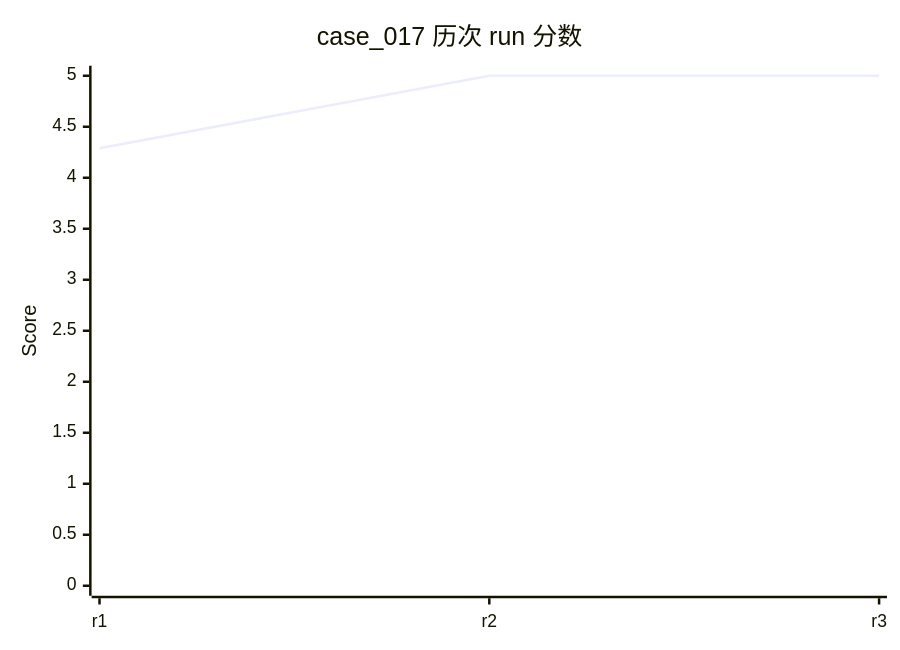
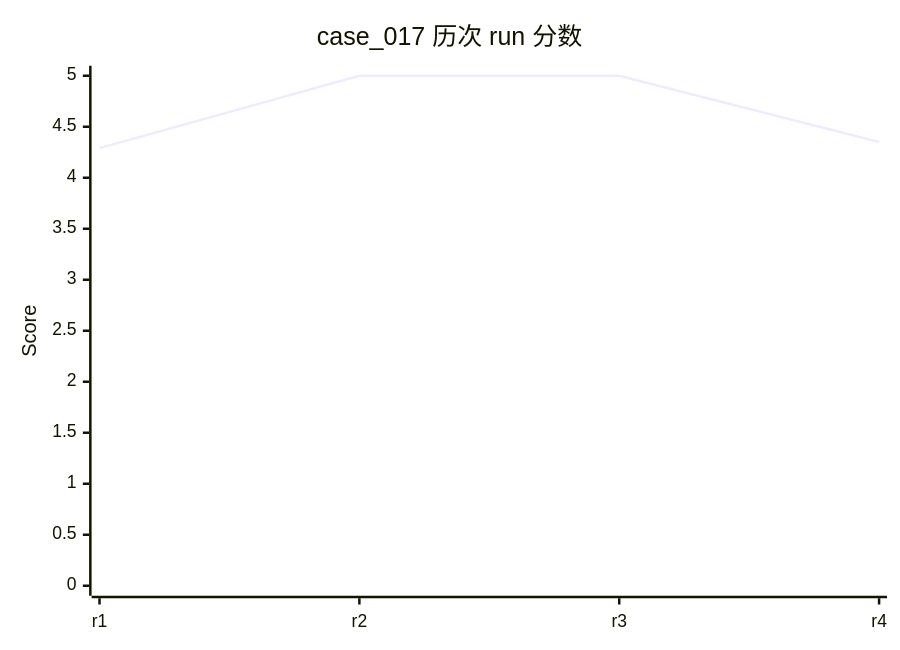
Diagram 21 of 58 in evals/DASHBOARD.md (rushengzhou/sid-code), drawn with Mermaid before and after one commit. The commit also changed other lines of this file and 34 other files, not shown here.

````diff
--- a/evals/DASHBOARD.md
+++ b/evals/DASHBOARD.md
@@ -464,7 +469,7 @@
 ```mermaid
 xychart-beta
     title "case_017 历次 run 分数"
-    x-axis [r1, r2, r3]
+    x-axis [r1, r2, r3, r4]
     y-axis "Score" 0 --> 5
-    line [4.29, 5.00, 5.00]
+    line [4.29, 5.00, 5.00, 4.35]
 ```
````
